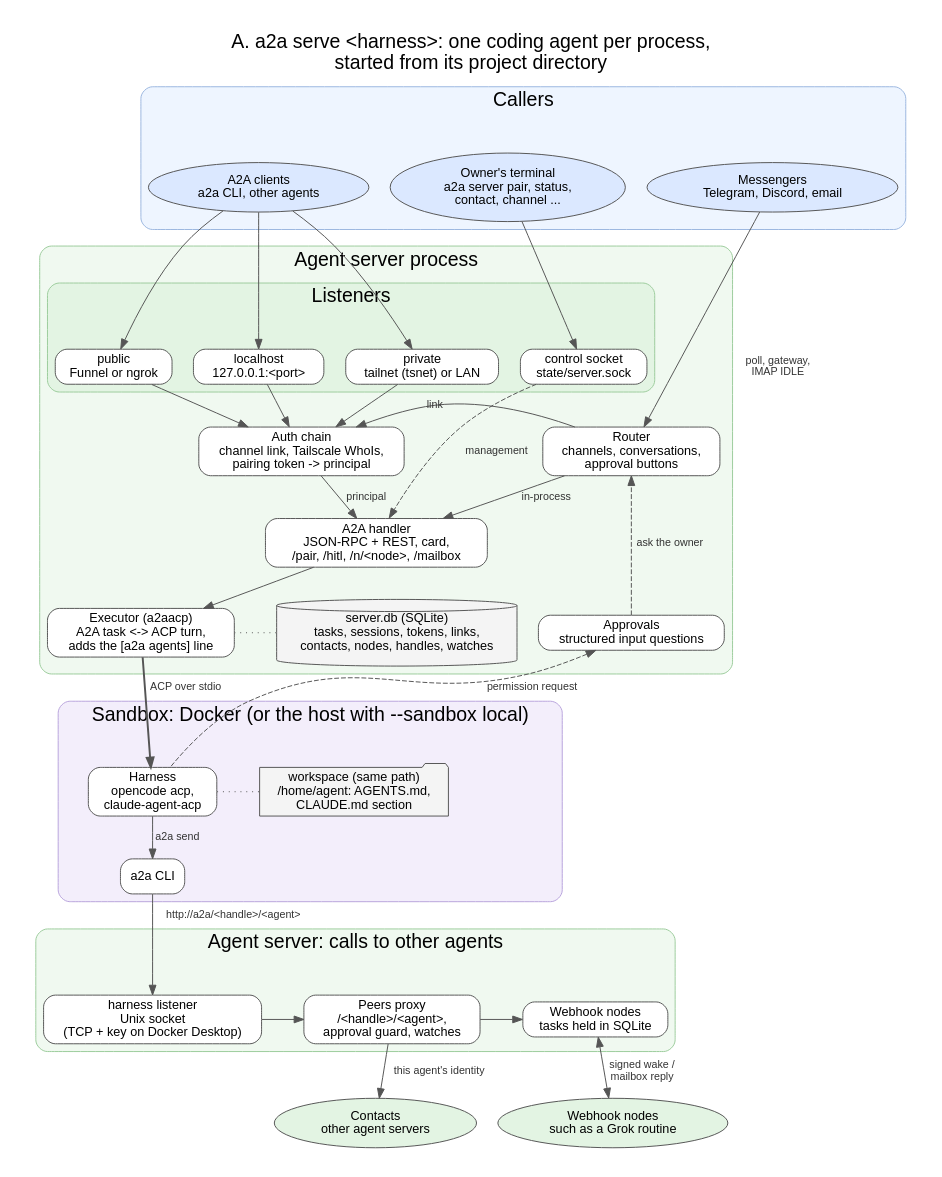
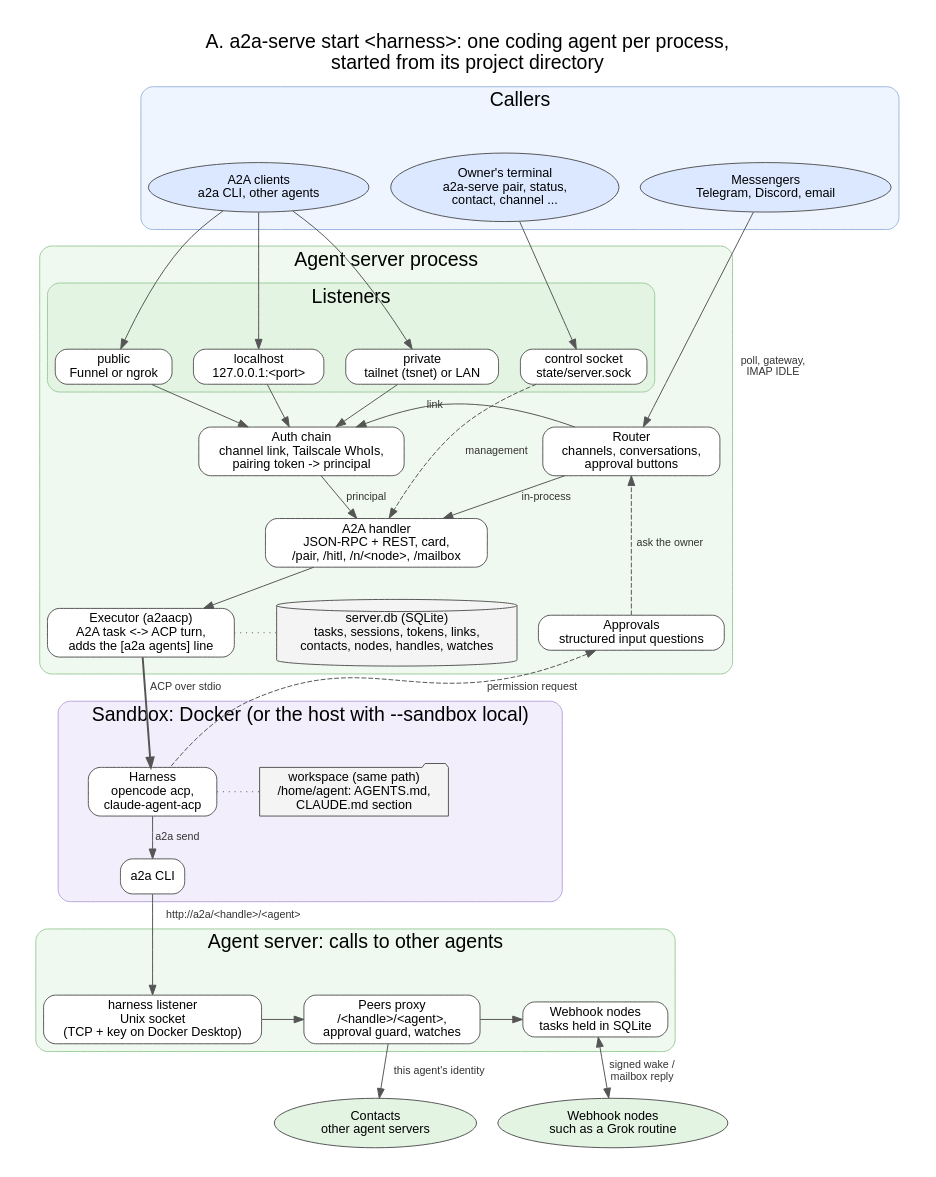
The diagram in docs/graphs/agent-server-overview.dot (a2aproject/a2a-serve), drawn with Graphviz before and after one commit. The commit also changed 190 other files, not shown here.

```diff
--- a/docs/graphs/agent-server-overview.dot
+++ b/docs/graphs/agent-server-overview.dot
@@ -1,86 +1,86 @@
 // A. Overview: who reaches the agent server, what runs inside it, and
 // where the harness runs. Top to bottom: callers, listeners, server core,
 // sandbox, calls to other agents.
 // Render: dot -Tpng -Gdpi=110 agent-server-overview.dot -o agent-server-overview.png
 digraph agent_server_overview {
   rankdir=TB;
   graph [fontname="Helvetica", nodesep=0.3, ranksep=0.45, pad=0.3, compound=true, newrank=true,
-         label="A. a2a serve <harness>: one coding agent per process,\nstarted from its project directory", labelloc=t, fontsize=20];
+         label="A. a2a-serve start <harness>: one coding agent per process,\nstarted from its project directory", labelloc=t, fontsize=20];
   node  [fontname="Helvetica", fontsize=13, shape=box, style="rounded,filled", fillcolor="#ffffff", color="#555555"];
   edge  [fontname="Helvetica", fontsize=11, color="#555555", fontcolor="#333333"];
 
   subgraph cluster_callers {
     label="Callers"; style="rounded,filled"; fillcolor="#eef5ff"; color="#9bb7e0";
     { rank=same;
       Messenger [label="Messengers\nTelegram, Discord, email", shape=ellipse, fillcolor="#dbe8ff"];
       Client    [label="A2A clients\na2a CLI, other agents", shape=ellipse, fillcolor="#dbe8ff"];
-      Owner     [label="Owner's terminal\na2a server pair, status,\ncontact, channel ...", shape=ellipse, fillcolor="#dbe8ff"];
+      Owner     [label="Owner's terminal\na2a-serve pair, status,\ncontact, channel ...", shape=ellipse, fillcolor="#dbe8ff"];
     }
   }
 
   subgraph cluster_server {
     label="Agent server process"; style="rounded,filled"; fillcolor="#f0f9f0"; color="#9ccc9c";
     subgraph cluster_in {
       label="Listeners"; style="rounded,filled"; fillcolor="#e3f4e3"; color="#9ccc9c";
       { rank=same;
         Local   [label="localhost\n127.0.0.1:<port>"];
         Private [label="private\ntailnet (tsnet) or LAN"];
         Public  [label="public\nFunnel or ngrok"];
         Control [label="control socket\nstate/server.sock"];
       }
     }
     Router  [label="Router\nchannels, conversations,\napproval buttons"];
     Auth    [label="Auth chain\nchannel link, Tailscale WhoIs,\npairing token -> principal"];
     Handler [label="A2A handler\nJSON-RPC + REST, card,\n/pair, /hitl, /n/<node>, /mailbox"];
     Approvals [label="Approvals\nstructured input questions"];
     Exec    [label="Executor (a2aacp)\nA2A task <-> ACP turn,\nadds the [a2a agents] line"];
     DB      [label="server.db (SQLite)\ntasks, sessions, tokens, links,\ncontacts, nodes, handles, watches", shape=cylinder, fillcolor="#f4f4f4"];
   }
 
   subgraph cluster_sandbox {
     label="Sandbox: Docker (or the host with --sandbox local)"; style="rounded,filled"; fillcolor="#f3eefb"; color="#b9a4dd";
     { rank=same;
       Harness [label="Harness\nopencode acp,\nclaude-agent-acp"];
       Files   [label="workspace (same path)\n/home/agent: AGENTS.md,\nCLAUDE.md section", shape=folder, fillcolor="#f4f4f4"];
     }
     CLI [label="a2a CLI"];
   }
 
   subgraph cluster_out {
     label="Agent server: calls to other agents"; style="rounded,filled"; fillcolor="#f0f9f0"; color="#9ccc9c";
     { rank=same;
       HSock [label="harness listener\nUnix socket\n(TCP + key on Docker Desktop)"];
       Peers [label="Peers proxy\n/<handle>/<agent>,\napproval guard, watches"];
       Nodes [label="Webhook nodes\ntasks held in SQLite"];
     }
   }
 
   { rank=same;
     Remote  [label="Contacts\nother agent servers", shape=ellipse, fillcolor="#e3f4e3"];
     Webhook [label="Webhook nodes\nsuch as a Grok routine", shape=ellipse, fillcolor="#e3f4e3"];
   }
 
   { rank=same; Router; Auth; }
   { rank=same; Approvals; Exec; DB; }
 
   Messenger -> Router [label="poll, gateway,\nIMAP IDLE"];
   Client -> Local; Client -> Private; Client -> Public;
   Owner -> Control;
   Local -> Auth; Private -> Auth; Public -> Auth;
   Router -> Auth [label="link"];
   Router -> Handler [label="in-process"];
   Auth -> Handler [label="principal"];
   Control -> Handler [label="management", style=dashed];
   Handler -> Exec;
   Approvals -> Router [label="ask the owner", style=dashed];
   Exec -> DB [dir=none, style=dotted];
   Exec -> Harness [label="ACP over stdio", style=bold];
   Approvals -> Harness [label="permission request", style=dashed, dir=back];
   Harness -> Files [dir=none, style=dotted];
   Harness -> CLI [label="a2a send"];
   CLI -> HSock [label="http://a2a/<handle>/<agent>"];
   HSock -> Peers;
   Peers -> Nodes;
   Peers -> Remote [label="this agent's identity"];
   Nodes -> Webhook [label="signed wake /\nmailbox reply", dir=both];
 }
```
